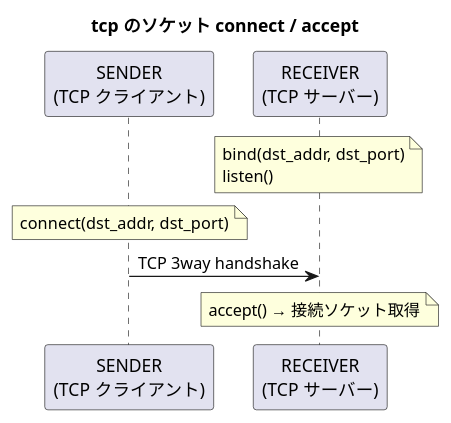
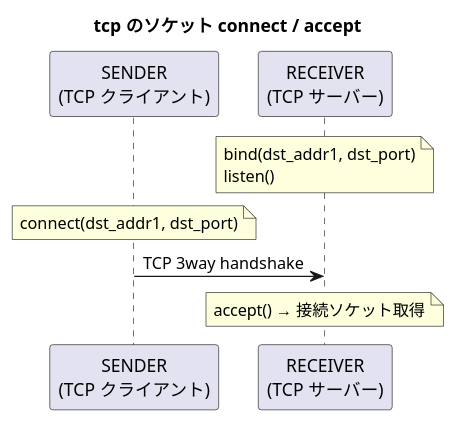
The fifth of 5 diagrams in docs/config.md (Hondarer/app_porter), drawn with PlantUML before and after one commit. The commit also changed other lines of this file and 27 other files, not shown here.

````diff
--- a/docs/config.md
+++ b/docs/config.md
@@ -479,13 +495,13 @@
 ```plantuml
 @startuml
 title tcp のソケット connect / accept
 
 participant "SENDER\n(TCP クライアント)" as S
 participant "RECEIVER\n(TCP サーバー)" as R
 
-note over R: bind(dst_addr, dst_port)\nlisten()
-note over S: connect(dst_addr, dst_port)
+note over R: bind(dst_addr1, dst_port)\nlisten()
+note over S: connect(dst_addr1, dst_port)
 S -> R: TCP 3way handshake
 note over R: accept() → 接続ソケット取得
 @enduml
 ```
````
